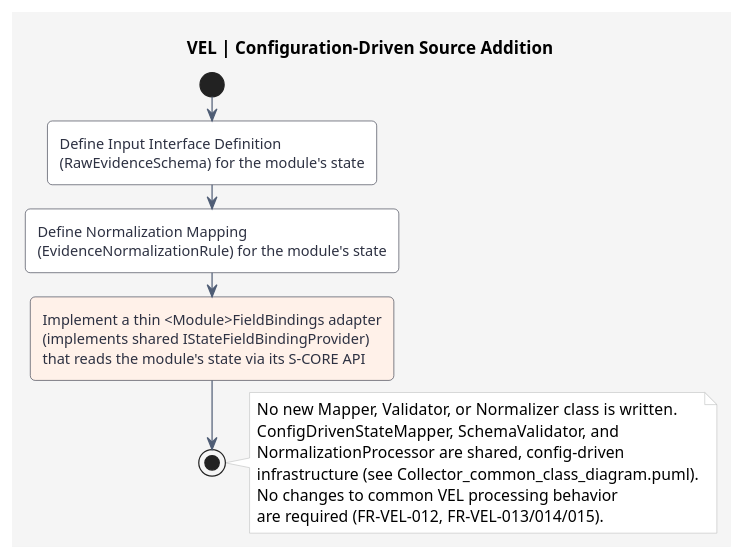
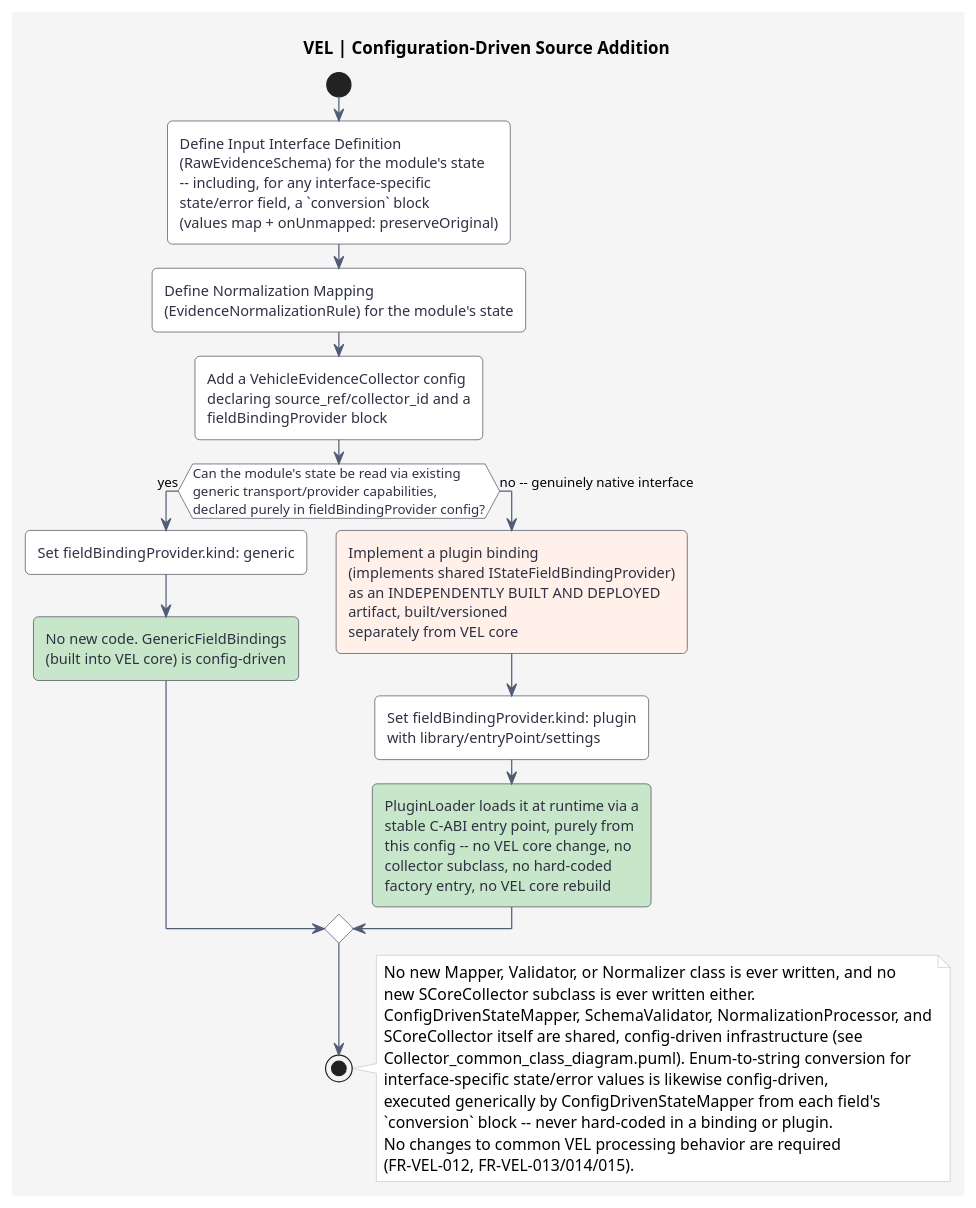
Before and after one commit to akshayg0314/vel: the diagram in docs/features/diagrams/Configuration_driven_source_addition.puml, drawn with PlantUML. The commit also changed 27 other files, not shown here.

Commit message:
docs: refine S-CORE collector design with config-driven enum mapping and plugin-based bindings

```diff
--- a/docs/features/diagrams/Configuration_driven_source_addition.puml
+++ b/docs/features/diagrams/Configuration_driven_source_addition.puml
@@ -1,33 +1,48 @@
 @startuml
 title VEL | Configuration-Driven Source Addition
 skinparam backgroundColor #F5F5F5
 skinparam shadowing false
 skinparam roundCorner 8
 skinparam ArrowColor #4F5D75
 skinparam activityBorderColor #2D3142
 skinparam activityBackgroundColor #FFFFFF
 skinparam activityFontColor #2D3142
 skinparam diamondBorderColor #4F5D75
 skinparam diamondBackgroundColor #ECECEC
 skinparam noteBackgroundColor #FFFFFF
 skinparam noteBorderColor #BFC0C0
 
 start
 :Define Input Interface Definition
-(RawEvidenceSchema) for the module's state;
+(RawEvidenceSchema) for the module's state
+-- including, for any interface-specific
+state/error field, a `conversion` block
+(values map + onUnmapped: preserveOriginal);
 :Define Normalization Mapping
 (EvidenceNormalizationRule) for the module's state;
-#FFF1E9:Implement a thin <Module>FieldBindings adapter
-(implements shared IStateFieldBindingProvider)
-that reads the module's state via its S-CORE API;
+:Add a VehicleEvidenceCollector config
+declaring source_ref/collector_id and a
+fieldBindingProvider block;
+if (Can the module's state be read via existing\ngeneric transport/provider capabilities,\ndeclared purely in fieldBindingProvider config?) then (yes)
+  :Set fieldBindingProvider.kind: generic;
+  #C8E6C9:No new code. GenericFieldBindings\n(built into VEL core) is config-driven;
+else (no -- genuinely native interface)
+  #FFF1E9:Implement a plugin binding\n(implements shared IStateFieldBindingProvider)\nas an INDEPENDENTLY BUILT AND DEPLOYED\nartifact, built/versioned\nseparately from VEL core;
+  :Set fieldBindingProvider.kind: plugin\nwith library/entryPoint/settings;
+  #C8E6C9:PluginLoader loads it at runtime via a\nstable C-ABI entry point, purely from\nthis config -- no VEL core change, no\ncollector subclass, no hard-coded\nfactory entry, no VEL core rebuild;
+endif
 stop
 
 note right
-No new Mapper, Validator, or Normalizer class is written.
-ConfigDrivenStateMapper, SchemaValidator, and
-NormalizationProcessor are shared, config-driven
-infrastructure (see Collector_common_class_diagram.puml).
-No changes to common VEL processing behavior
-are required (FR-VEL-012, FR-VEL-013/014/015).
+No new Mapper, Validator, or Normalizer class is ever written, and no
+new SCoreCollector subclass is ever written either.
+ConfigDrivenStateMapper, SchemaValidator, NormalizationProcessor, and
+SCoreCollector itself are shared, config-driven infrastructure (see
+Collector_common_class_diagram.puml). Enum-to-string conversion for
+interface-specific state/error values is likewise config-driven,
+executed generically by ConfigDrivenStateMapper from each field's
+`conversion` block -- never hard-coded in a binding or plugin.
+No changes to common VEL processing behavior are required
+(FR-VEL-012, FR-VEL-013/014/015).
 end note
 @enduml
```
